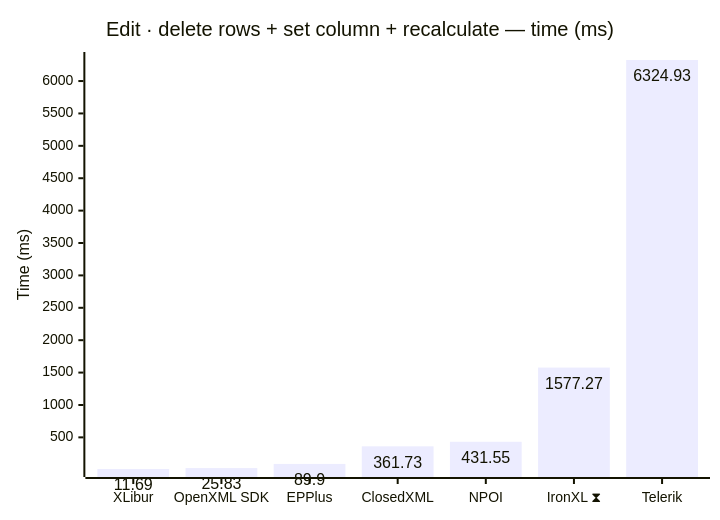
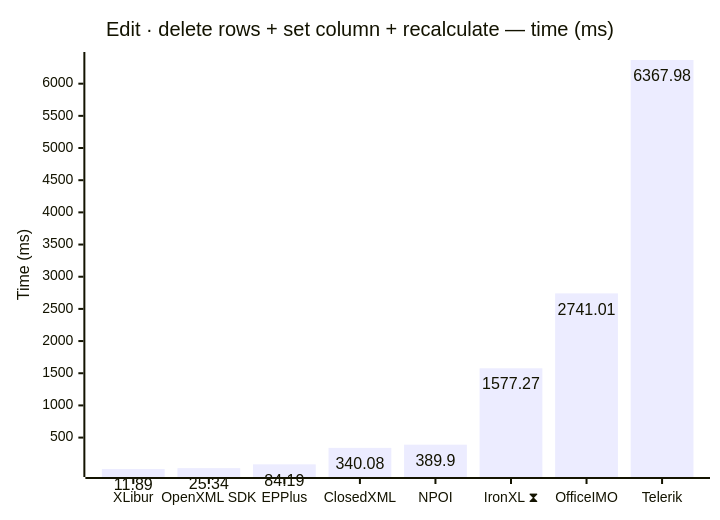
Before and after one commit to jafin/XLBench: the ninth of 12 diagrams in docs/results.md, drawn with Mermaid. The commit also changed other lines of this file and 17 other files, not shown here.

First line of the commit message:
Add OfficeIMO.Excel to the benchmark suite and publish full-fidelity results (#33)

````diff
--- a/docs/results.md
+++ b/docs/results.md
@@ -144,12 +145,12 @@
 ```mermaid
 ---
 config:
   xyChart:
     showDataLabel: true
 ---
 xychart-beta
     title "Edit · delete rows + set column + recalculate — time (ms)"
-    x-axis ["XLibur", "OpenXML SDK", "EPPlus", "ClosedXML", "NPOI", "IronXL ⧗", "Telerik"]
+    x-axis ["XLibur", "OpenXML SDK", "EPPlus", "ClosedXML", "NPOI", "IronXL ⧗", "OfficeIMO", "Telerik"]
     y-axis "Time (ms)"
-    bar [11.69, 25.83, 89.9, 361.73, 431.55, 1577.27, 6324.93]
+    bar [11.89, 25.34, 84.19, 340.08, 389.9, 1577.27, 2741.01, 6367.98]
 ```
````
